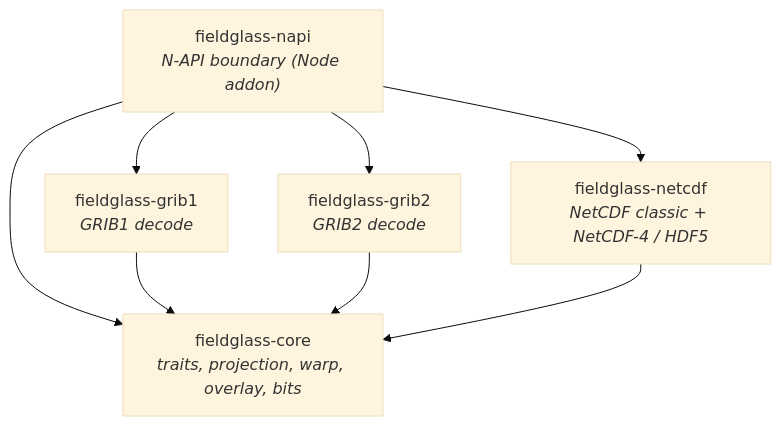
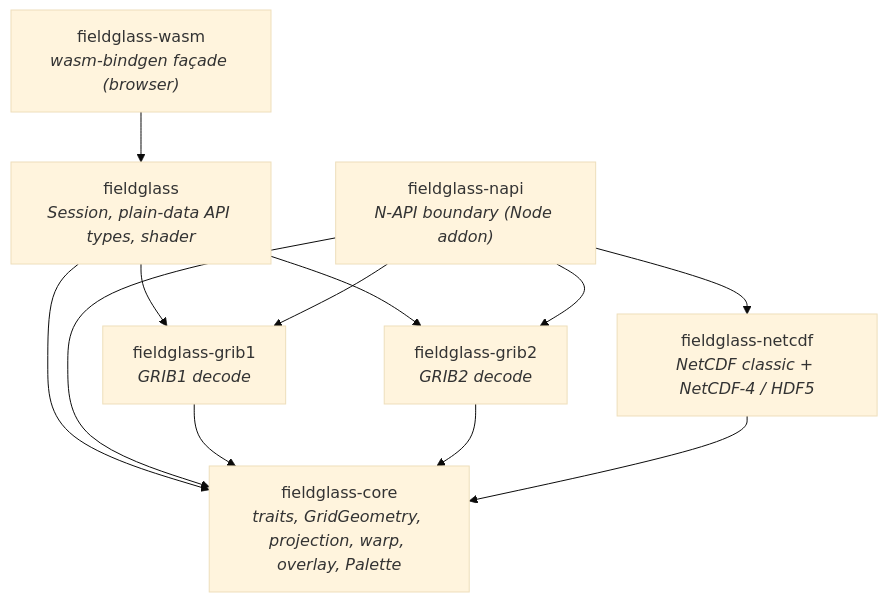
Before and after one commit to D0ubleD0uble/fieldglass: the diagram in docs/architecture/01-crates.md, drawn with Mermaid (base theme). The commit also changed other lines of this file and 16 other files, not shown here.

First line of the commit message:
feat(wasm): the browser façade, its checks, and the docs around them

````diff
--- a/docs/architecture/01-crates.md
+++ b/docs/architecture/01-crates.md
@@ -9,16 +14,22 @@
 ```mermaid
 flowchart TD
     napi["fieldglass-napi<br/><i>N-API boundary (Node addon)</i>"]
+    wasm["fieldglass-wasm<br/><i>wasm-bindgen façade (browser)</i>"]
+    fieldglass["fieldglass<br/><i>Session, plain-data API types, shader</i>"]
     grib1["fieldglass-grib1<br/><i>GRIB1 decode</i>"]
     grib2["fieldglass-grib2<br/><i>GRIB2 decode</i>"]
     netcdf["fieldglass-netcdf<br/><i>NetCDF classic + NetCDF-4 / HDF5</i>"]
-    core["fieldglass-core<br/><i>traits, projection, warp, overlay, bits</i>"]
+    core["fieldglass-core<br/><i>traits, GridGeometry, projection, warp, overlay, Palette</i>"]
 
+    wasm --> fieldglass
+    fieldglass --> grib1
+    fieldglass --> grib2
+    fieldglass --> core
     napi --> grib1
     napi --> grib2
     napi --> netcdf
     napi --> core
     grib1 --> core
     grib2 --> core
     netcdf --> core
 ```
````
